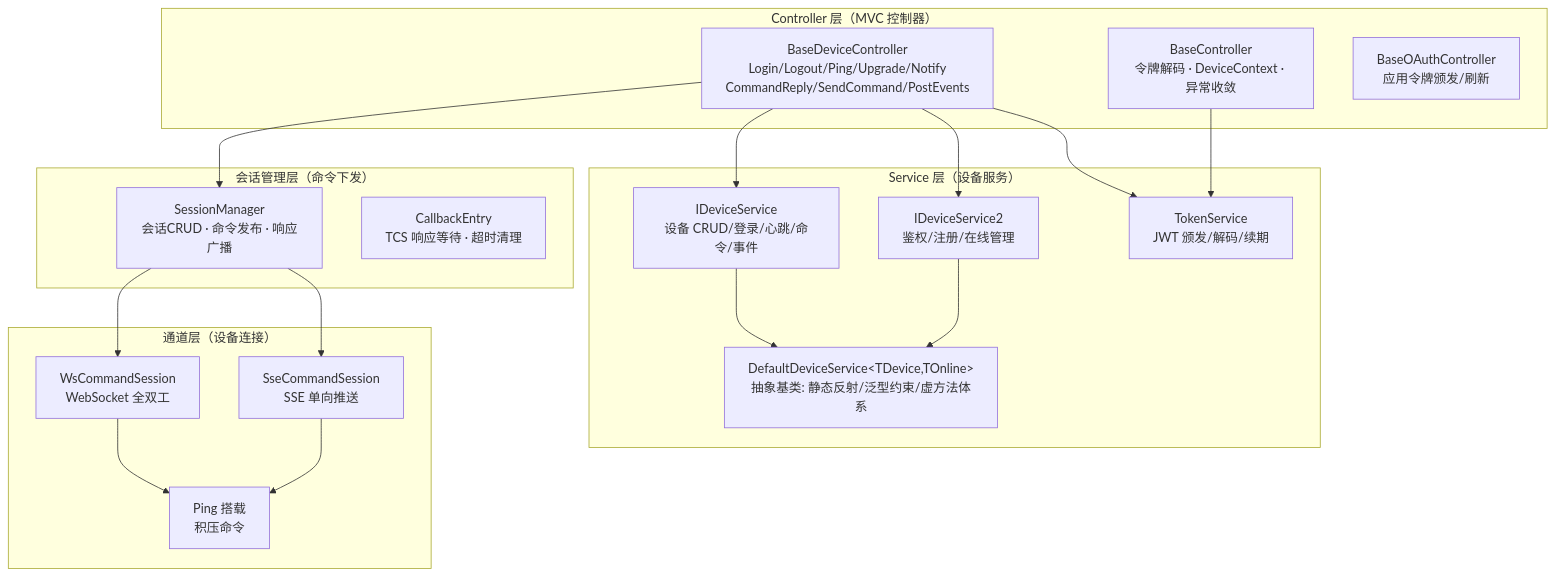
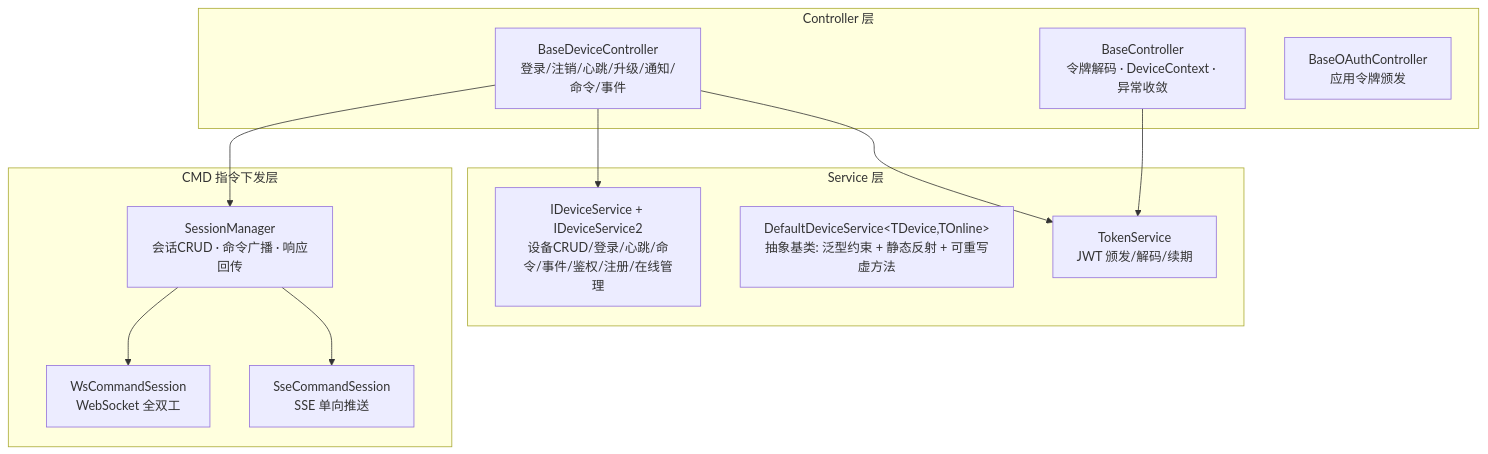
One commit to NewLifeX/NewLife.Remoting changed the first of 10 diagrams in Doc/SRV-服务端架构.md. Above: the diagram before and after it, drawn with Mermaid. The commit also changed other lines of this file, not shown here.

````diff
--- a/Doc/SRV-服务端架构.md
+++ b/Doc/SRV-服务端架构.md
@@ -32,38 +14,27 @@
 ```mermaid
 flowchart TD
-    subgraph Controller["Controller 层（MVC 控制器）"]
+    subgraph Controller["Controller 层"]
         BC[BaseController<br/>令牌解码 · DeviceContext · 异常收敛]
-        BD[BaseDeviceController<br/>Login/Logout/Ping/Upgrade/Notify<br/>CommandReply/SendCommand/PostEvents]
-        OA[BaseOAuthController<br/>应用令牌颁发/刷新]
+        BD[BaseDeviceController<br/>登录/注销/心跳/升级/通知/命令/事件]
+        OA[BaseOAuthController<br/>应用令牌颁发]
     end
 
-    subgraph Service["Service 层（设备服务）"]
-        IDev[IDeviceService<br/>设备 CRUD/登录/心跳/命令/事件]
-        IDev2[IDeviceService2<br/>鉴权/注册/在线管理]
-        DDS[DefaultDeviceService&lt;TDevice,TOnline&gt;<br/>抽象基类: 静态反射/泛型约束/虚方法体系]
+    subgraph Service["Service 层"]
+        IDev[IDeviceService + IDeviceService2<br/>设备CRUD/登录/心跳/命令/事件/鉴权/注册/在线管理]
+        DDS[DefaultDeviceService&lt;TDevice,TOnline&gt;<br/>抽象基类: 泛型约束 + 静态反射 + 可重写虚方法]
         TokenSvc[TokenService<br/>JWT 颁发/解码/续期]
     end
 
-    subgraph Session["会话管理层（命令下发）"]
-        SM[SessionManager<br/>会话CRUD · 命令发布 · 响应广播]
-        CB[CallbackEntry<br/>TCS 响应等待 · 超时清理]
-    end
-
-    subgraph Channel["通道层（设备连接）"]
-        Ws[WsCommandSession<br/>WebSocket 全双工]
-        Sse[SseCommandSession<br/>SSE 单向推送]
-        Ping["Ping 搭载<br/>积压命令"]
+    subgraph CMD["CMD 指令下发层"]
+        SM[SessionManager<br/>会话CRUD · 命令广播 · 响应回传]
+        WS[WsCommandSession<br/>WebSocket 全双工]
+        SSE[SseCommandSession<br/>SSE 单向推送]
     end
 
     BD --> IDev
-    BD --> IDev2
     BD --> TokenSvc
     BC --> TokenSvc
     BD --> SM
-    SM --> Ws
-    SM --> Sse
-    IDev --> DDS
-    IDev2 --> DDS
-    Ws --> Ping
-    Sse --> Ping
+    SM --> WS
+    SM --> SSE
 ```
````
